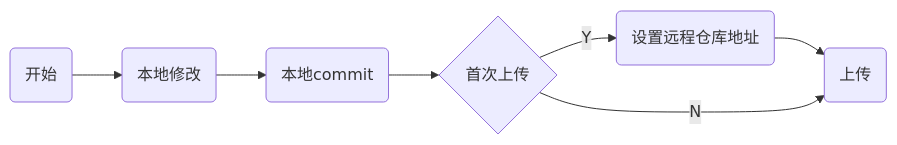
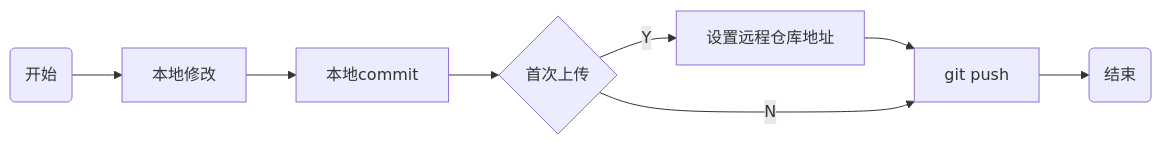
One commit to dmjcb/dmjcb.github.io changed the first of 2 diagrams in _posts/software/git/2024-11-29-github使用.md. Above: the diagram before and after it, drawn with Mermaid. The commit also changed other lines of this file, not shown here.

````diff
--- a/_posts/software/git/2024-11-29-github使用.md
+++ b/_posts/software/git/2024-11-29-github使用.md
@@ -37,7 +37,9 @@
 ```mermaid
 graph LR;
     S(开始)
-    S-->A(本地修改)-->B(本地commit)-->C{首次上传}
-    C--Y-->D(设置远程仓库地址)-->E
-    C--N-->E(上传)
+    S-->A[本地修改]-->B[本地commit]-->C{首次上传}
+    C--Y-->D[设置远程仓库地址]-->E
+    C--N-->E[git push]
+
+    E-->F(结束)
 ```
````
